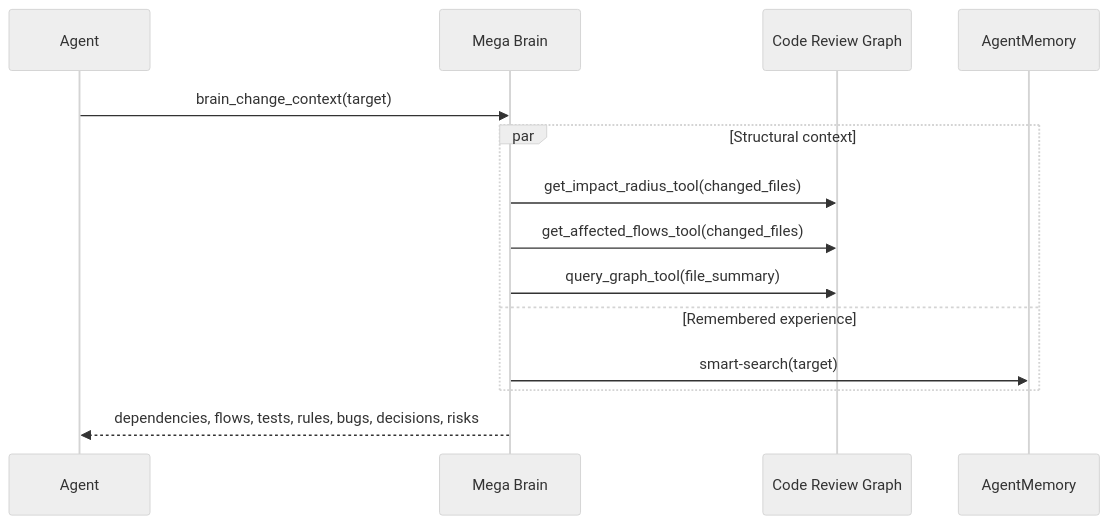
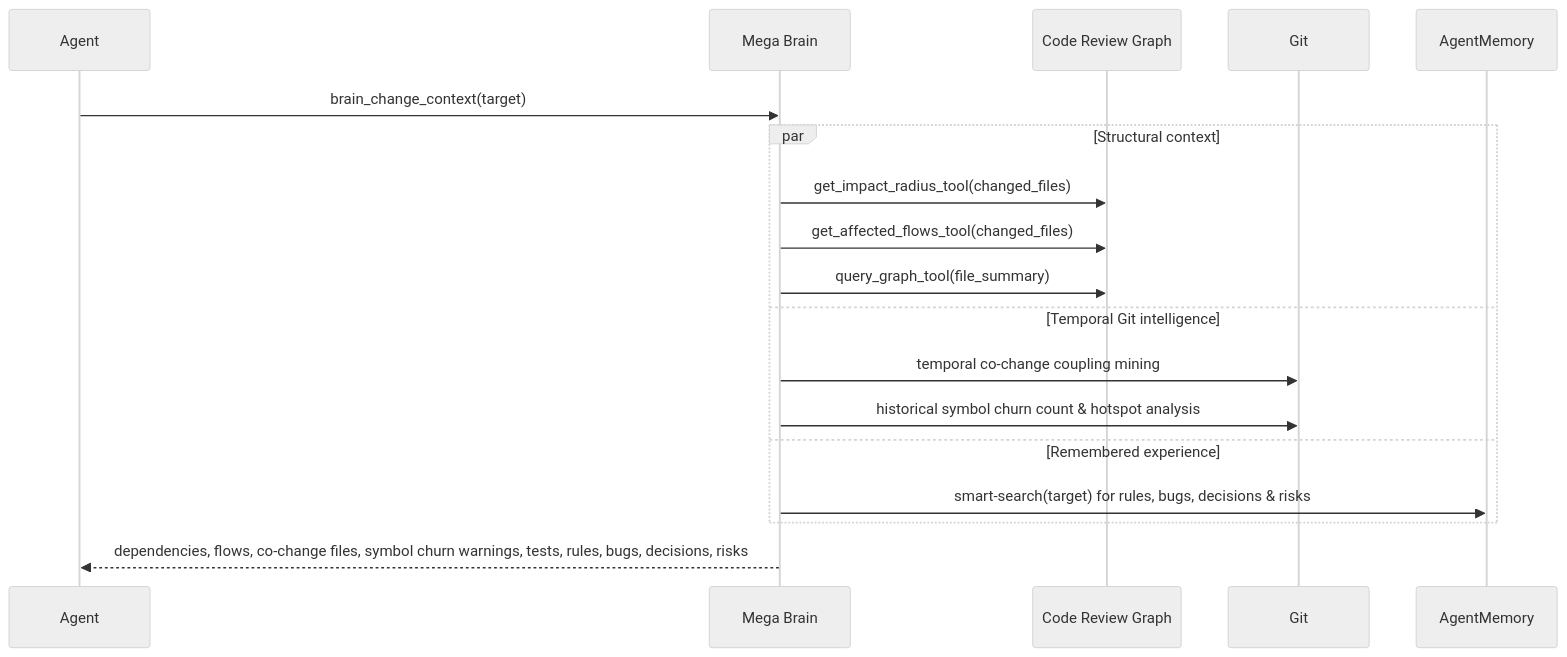
One commit to RaffaHr/mega-brain-mcp changed the fourth of 10 diagrams in README.md. Above: the diagram before and after it, drawn with Mermaid (neutral theme). The commit also changed other lines of this file and 1 other file, not shown here.

````diff
--- a/README.md
+++ b/README.md
@@ -329,17 +335,21 @@
 ```mermaid
 sequenceDiagram
   participant Agent
   participant MB as Mega Brain
   participant CRG as Code Review Graph
+  participant Git
   participant AM as AgentMemory
 
   Agent->>MB: brain_change_context(target)
   par Structural context
     MB->>CRG: get_impact_radius_tool(changed_files)
     MB->>CRG: get_affected_flows_tool(changed_files)
     MB->>CRG: query_graph_tool(file_summary)
+  and Temporal Git intelligence
+    MB->>Git: temporal co-change coupling mining
+    MB->>Git: historical symbol churn count & hotspot analysis
   and Remembered experience
-    MB->>AM: smart-search(target)
+    MB->>AM: smart-search(target) for rules, bugs, decisions & risks
   end
-  MB-->>Agent: dependencies, flows, tests, rules, bugs, decisions, risks
+  MB-->>Agent: dependencies, flows, co-change files, symbol churn warnings, tests, rules, bugs, decisions, risks
 ```
````
